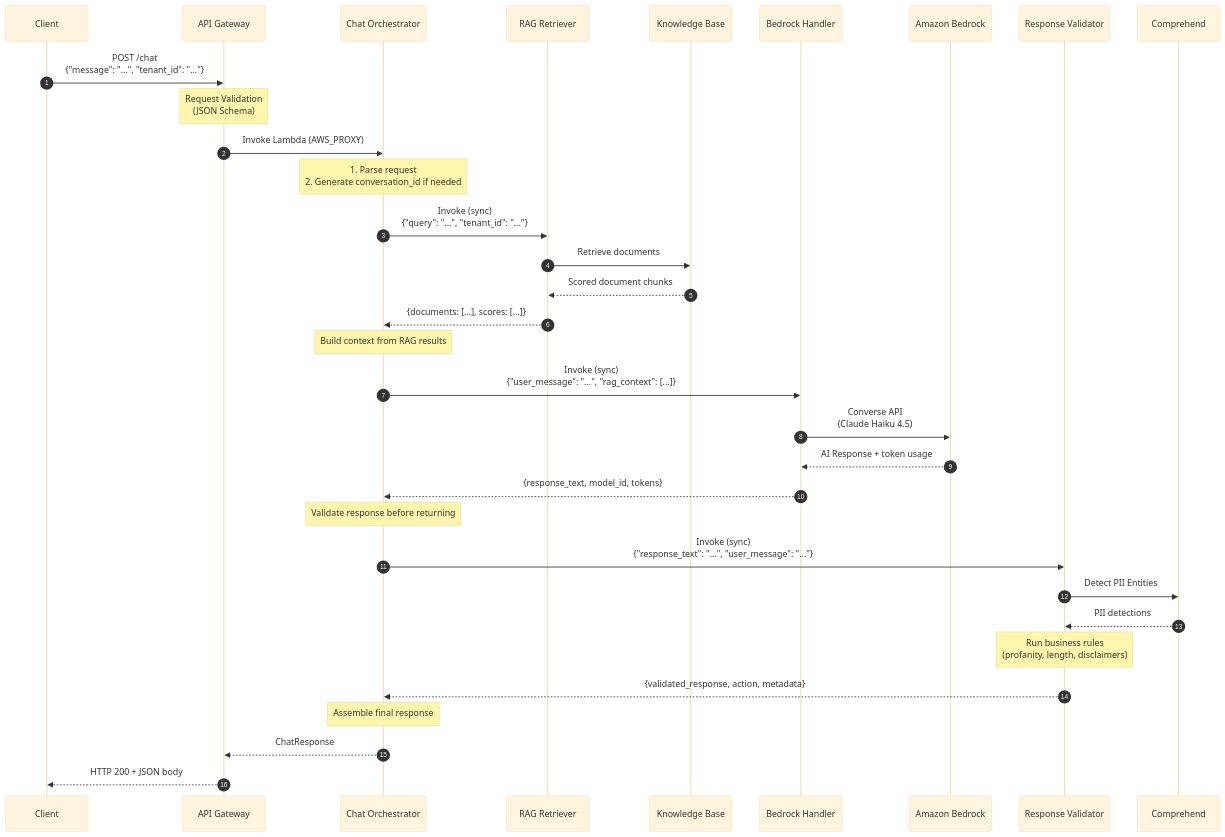
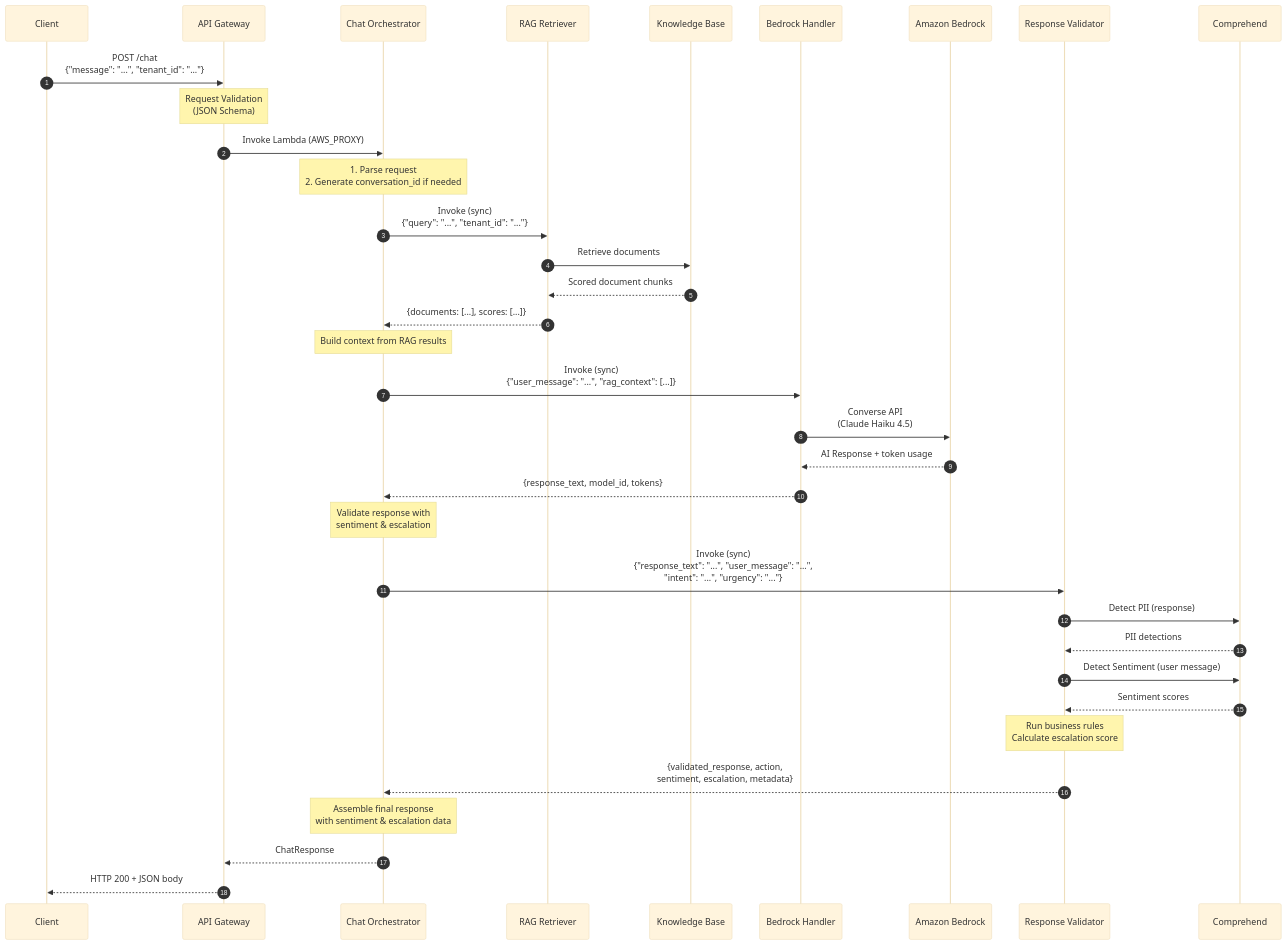
The second of 9 diagrams in docs/architecture/system-design.md (jujubear24/ai-customer-service-bot), drawn with Mermaid (base theme) before and after one commit. The commit also changed other lines of this file and 3 other files, not shown here.

First line of the commit message:
docs: update documentation for Phase 3.2 sentiment and escalation

````diff
--- a/docs/architecture/system-design.md
+++ b/docs/architecture/system-design.md
@@ -107,46 +108,48 @@
 ```mermaid
 sequenceDiagram
     autonumber
     participant C as Client
     participant AG as API Gateway
     participant CO as Chat Orchestrator
     participant RR as RAG Retriever
     participant KB as Knowledge Base
     participant BH as Bedrock Handler
     participant BR as Amazon Bedrock
     participant RV as Response Validator
     participant CP as Comprehend
 
     C->>AG: POST /chat<br/>{"message": "...", "tenant_id": "..."}
 
     Note over AG: Request Validation<br/>(JSON Schema)
 
     AG->>CO: Invoke Lambda (AWS_PROXY)
 
     Note over CO: 1. Parse request<br/>2. Generate conversation_id if needed
 
     CO->>RR: Invoke (sync)<br/>{"query": "...", "tenant_id": "..."}
     RR->>KB: Retrieve documents
     KB-->>RR: Scored document chunks
     RR-->>CO: {documents: [...], scores: [...]}
 
     Note over CO: Build context from RAG results
 
     CO->>BH: Invoke (sync)<br/>{"user_message": "...", "rag_context": [...]}
     BH->>BR: Converse API<br/>(Claude Haiku 4.5)
     BR-->>BH: AI Response + token usage
     BH-->>CO: {response_text, model_id, tokens}
 
-    Note over CO: Validate response before returning
+    Note over CO: Validate response with<br/>sentiment & escalation
 
-    CO->>RV: Invoke (sync)<br/>{"response_text": "...", "user_message": "..."}
-    RV->>CP: Detect PII Entities
+    CO->>RV: Invoke (sync)<br/>{"response_text": "...", "user_message": "...",<br/>"intent": "...", "urgency": "..."}
+    RV->>CP: Detect PII (response)
     CP-->>RV: PII detections
-    Note over RV: Run business rules<br/>(profanity, length, disclaimers)
-    RV-->>CO: {validated_response, action, metadata}
+    RV->>CP: Detect Sentiment (user message)
+    CP-->>RV: Sentiment scores
+    Note over RV: Run business rules<br/>Calculate escalation score
+    RV-->>CO: {validated_response, action,<br/>sentiment, escalation, metadata}
 
-    Note over CO: Assemble final response
+    Note over CO: Assemble final response<br/>with sentiment & escalation data
 
     CO-->>AG: ChatResponse
     AG-->>C: HTTP 200 + JSON body
 ```
````
